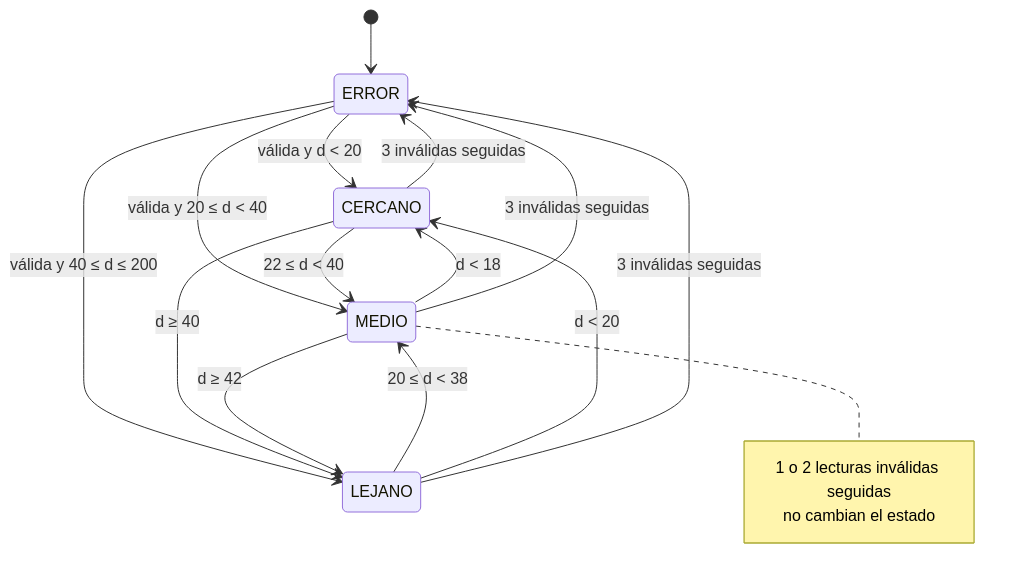
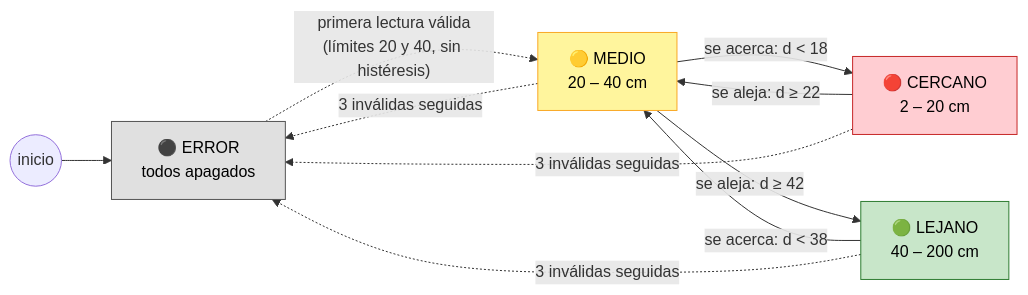
Before and after one commit to Alous12/Proyecto_2_IOT: the fourth of 6 diagrams in doc/informe.md, drawn with Mermaid. The commit also changed other lines of this file, not shown here.

````diff
--- a/doc/informe.md
+++ b/doc/informe.md
@@ -442,23 +411,22 @@
 ```mermaid
-stateDiagram-v2
-    [*] --> ERROR
-    ERROR --> CERCANO: válida y d < 20
-    ERROR --> MEDIO: válida y 20 ≤ d < 40
-    ERROR --> LEJANO: válida y 40 ≤ d ≤ 200
+flowchart LR
+    INICIO(("inicio")) --> ERROR
 
-    CERCANO --> MEDIO: 22 ≤ d < 40
-    CERCANO --> LEJANO: d ≥ 40
-    MEDIO --> CERCANO: d < 18
-    MEDIO --> LEJANO: d ≥ 42
-    LEJANO --> MEDIO: 20 ≤ d < 38
-    LEJANO --> CERCANO: d < 20
+    ERROR["⚫ ERROR<br/>todos apagados"]
+    CERCANO["🔴 CERCANO<br/>2 – 20 cm"]
+    MEDIO["🟡 MEDIO<br/>20 – 40 cm"]
+    LEJANO["🟢 LEJANO<br/>40 – 200 cm"]
 
-    CERCANO --> ERROR: 3 inválidas seguidas
-    MEDIO --> ERROR: 3 inválidas seguidas
-    LEJANO --> ERROR: 3 inválidas seguidas
+    CERCANO -- "se aleja: d ≥ 22" --> MEDIO
+    MEDIO -- "se acerca: d < 18" --> CERCANO
+    MEDIO -- "se aleja: d ≥ 42" --> LEJANO
+    LEJANO -- "se acerca: d < 38" --> MEDIO
 
-    note right of MEDIO
-        1 o 2 lecturas inválidas seguidas
-        no cambian el estado
-    end note
+    ERROR -. "primera lectura válida<br/>(límites 20 y 40, sin histéresis)" .-> MEDIO
+    CERCANO & MEDIO & LEJANO -. "3 inválidas seguidas" .-> ERROR
+
+    style ERROR fill:#e0e0e0,stroke:#555,color:#000
+    style CERCANO fill:#ffcdd2,stroke:#c62828,color:#000
+    style MEDIO fill:#fff59d,stroke:#f9a825,color:#000
+    style LEJANO fill:#c8e6c9,stroke:#2e7d32,color:#000
 ```
````
